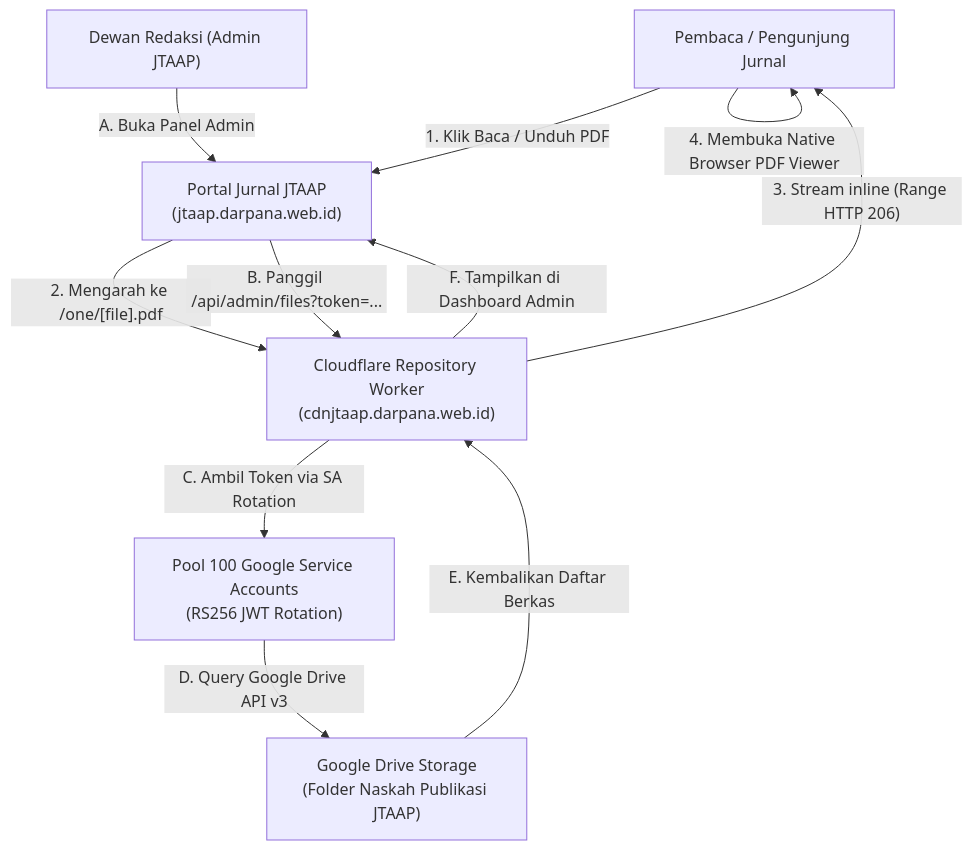
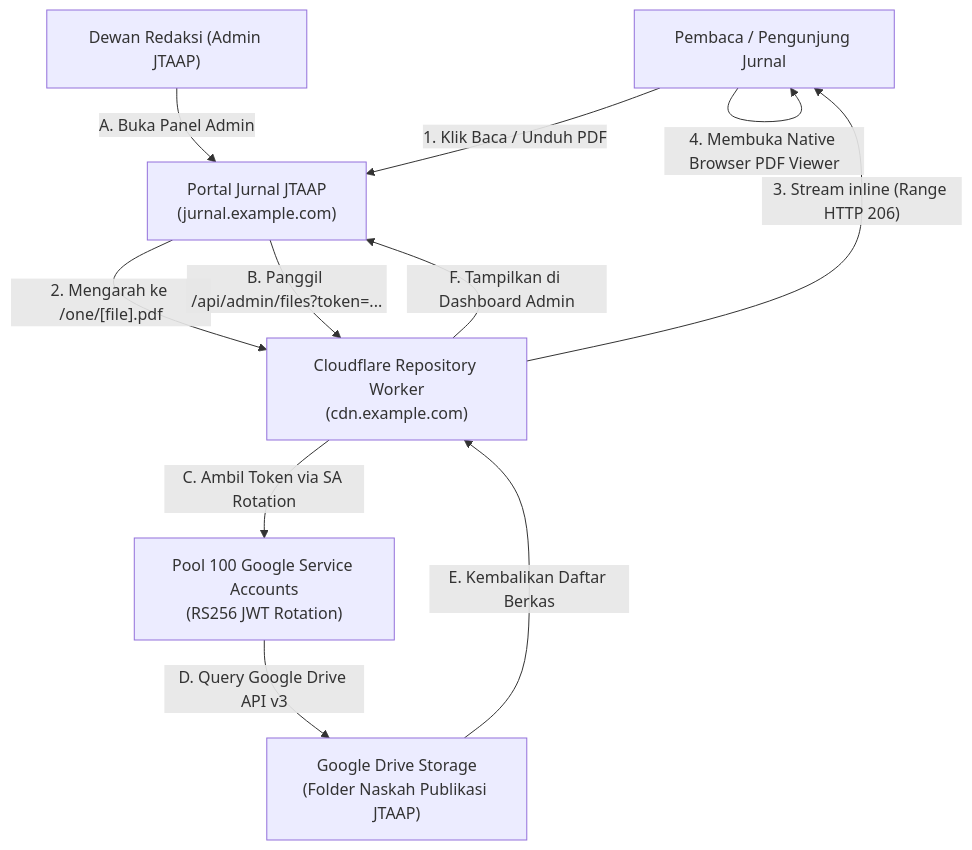
One commit to sonhak-18/Serverless-Open-Journal-System changed the first of 2 diagrams in repository-worker/README.md. Above: the diagram before and after it, drawn with Mermaid. The commit also changed other lines of this file and 11 other files, not shown here.

Commit message:
docs: sanitize repository for public release, add full cdn & service account guides, and clean up build artifacts

````diff
--- a/repository-worker/README.md
+++ b/repository-worker/README.md
@@ -9,21 +9,21 @@
 ```mermaid
 flowchart TD
     User["Pembaca / Pengunjung Jurnal"]
     Admin["Dewan Redaksi (Admin JTAAP)"]
-    Portal["Portal Jurnal JTAAP<br/>(jtaap.darpana.web.id)"]
-    Worker["Cloudflare Repository Worker<br/>(cdnjtaap.darpana.web.id)"]
+    Portal["Portal Jurnal JTAAP<br/>(jurnal.example.com)"]
+    Worker["Cloudflare Repository Worker<br/>(cdn.example.com)"]
     SA["Pool 100 Google Service Accounts<br/>(RS256 JWT Rotation)"]
     Drive["Google Drive Storage<br/>(Folder Naskah Publikasi JTAAP)"]
 
     User -->|"1. Klik Baca / Unduh PDF"| Portal
     Portal -->|"2. Mengarah ke /one/[file].pdf"| Worker
     Worker -->|"3. Stream inline (Range HTTP 206)"| User
     User -->|"4. Membuka Native Browser PDF Viewer"| User
 
     Admin -->|"A. Buka Panel Admin"| Portal
     Portal -->|"B. Panggil /api/admin/files?token=..."| Worker
     Worker -->|"C. Ambil Token via SA Rotation"| SA
     SA -->|"D. Query Google Drive API v3"| Drive
     Drive -->|"E. Kembalikan Daftar Berkas"| Worker
     Worker -->|"F. Tampilkan di Dashboard Admin"| Portal
 ```
````
